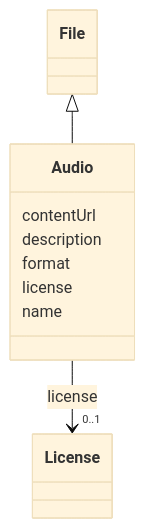
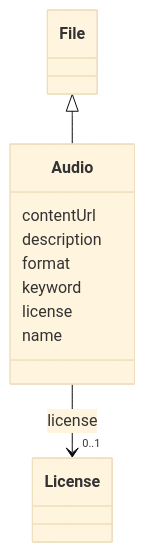
Before and after one commit to EVORA-project/evora-ontology: the diagram in models/docs/Audio.md, drawn with Mermaid (base theme). The commit also changed other lines of this file and 402 other files, not shown here.

````diff
--- a/models/docs/Audio.md
+++ b/models/docs/Audio.md
@@ -19,26 +19,28 @@
 ```mermaid
  classDiagram
     class Audio
     click Audio href "../Audio"
       File <|-- Audio
         click File href "../File"
       
       Audio : contentUrl
         
       Audio : description
         
       Audio : format
+        
+      Audio : keyword
         
       Audio : license
         
           
     
     
     Audio --> "0..1" License : license
     click License href "../License"
 
         
       Audio : name
         
       
 ```
````
